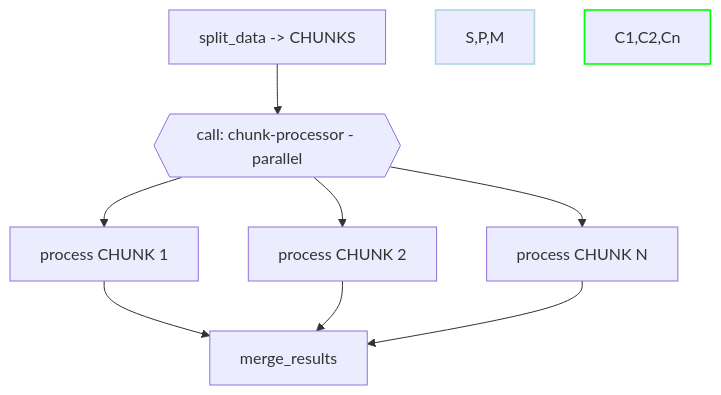
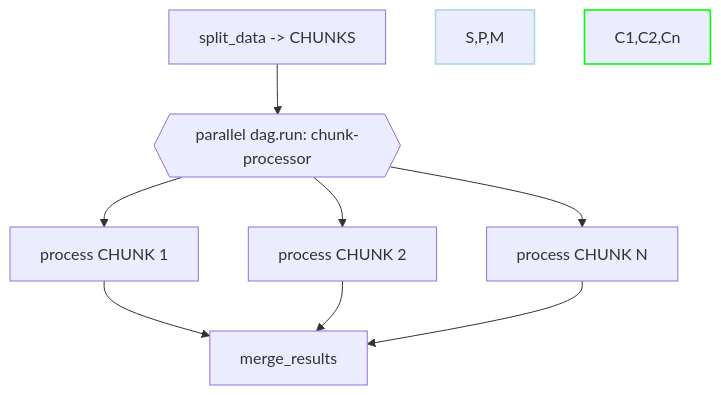
One commit to dagucloud/docs changed diagram 16 of 21 in writing-workflows/examples.md. Above: the diagram before and after it, drawn with Mermaid. The commit also changed other lines of this file and 88 other files, not shown here.

Commit message:
docs: update action schema references

````diff
--- a/writing-workflows/examples.md
+++ b/writing-workflows/examples.md
@@ -675,12 +697,12 @@
 ```mermaid
 graph TD
-  S[split_data -> CHUNKS] --> P{{"call: chunk-processor - parallel"}}
+  S[split_data -> CHUNKS] --> P{{"parallel dag.run: chunk-processor"}}
   P --> C1[process CHUNK 1]
   P --> C2[process CHUNK 2]
   P --> Cn[process CHUNK N]
   C1 --> M[merge_results]
   C2 --> M
   Cn --> M
   style S,P,M stroke:lightblue,stroke-width:1.6px,color:#333
   style C1,C2,Cn stroke:lime,stroke-width:1.6px,color:#333
 ```
````
